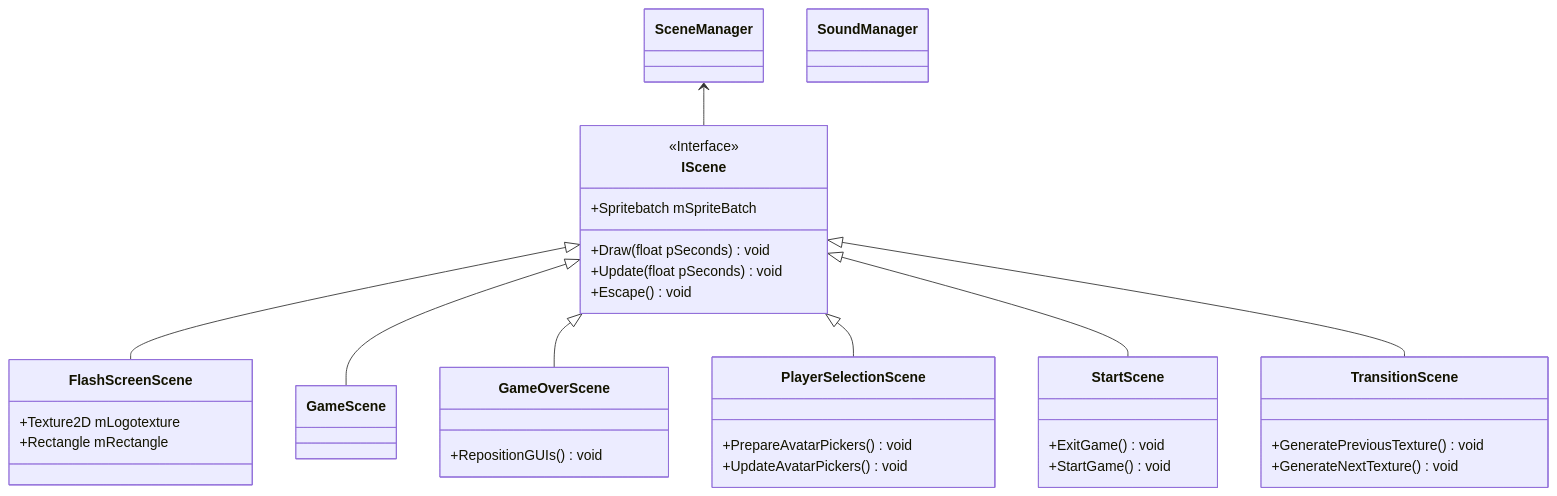
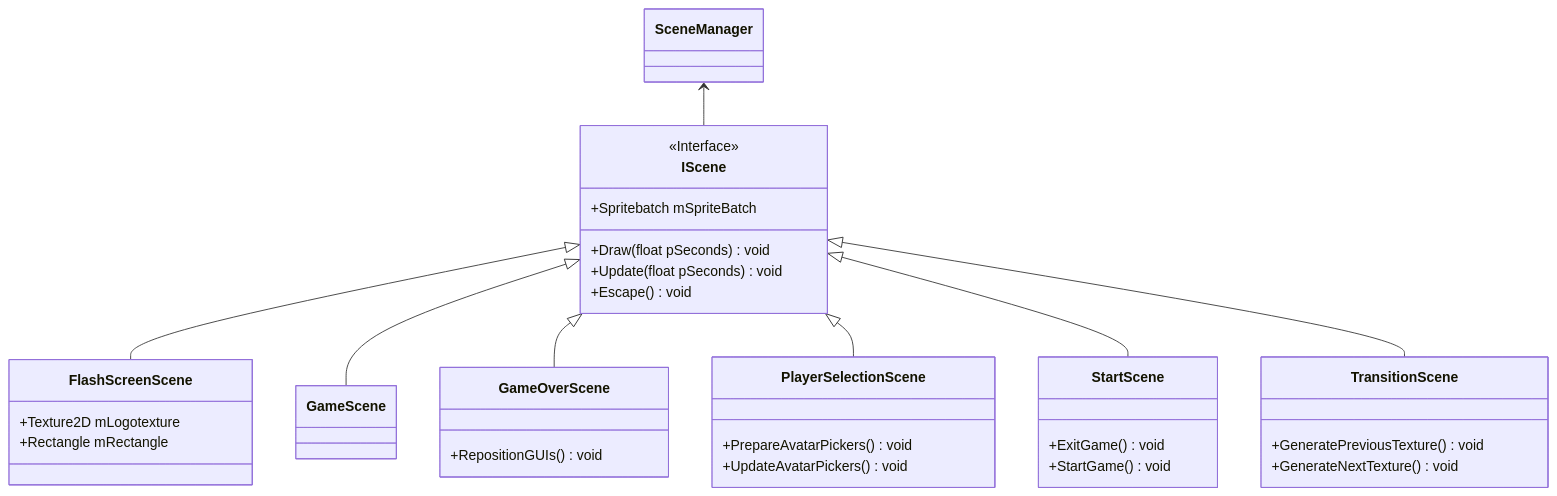
Before and after one commit to Spoingus/TroublesomeTanks_CDP: the first of 2 diagrams in README.md, drawn with Mermaid. The commit also changed other lines of this file, not shown here.

````diff
--- a/README.md
+++ b/README.md
@@ -1,40 +1,39 @@
 ```mermaid
 classDiagram
     IScene <|-- FlashScreenScene
     IScene <|-- GameScene
     IScene <|-- GameOverScene
     IScene <|-- PlayerSelectionScene
     IScene <|-- StartScene
     IScene <|-- TransitionScene
     SceneManager <-- IScene
-    class SoundManager
     <<Interface>> IScene
 
     IScene : +Spritebatch mSpriteBatch
     IScene : +Draw(float pSeconds) void
     IScene : +Update(float pSeconds) void
     IScene : +Escape() void
 
     class FlashScreenScene{
         +Texture2D mLogotexture
         +Rectangle mRectangle
     }
     class GameScene{
         
     }
     class GameOverScene{
         +RepositionGUIs() void
     }
     class PlayerSelectionScene{
         +PrepareAvatarPickers() void
         +UpdateAvatarPickers() void
     }
     class StartScene{
         +ExitGame() void
         +StartGame() void
     }
     class TransitionScene{
         +GeneratePreviousTexture() void
         +GenerateNextTexture() void
     }
 ```
````
